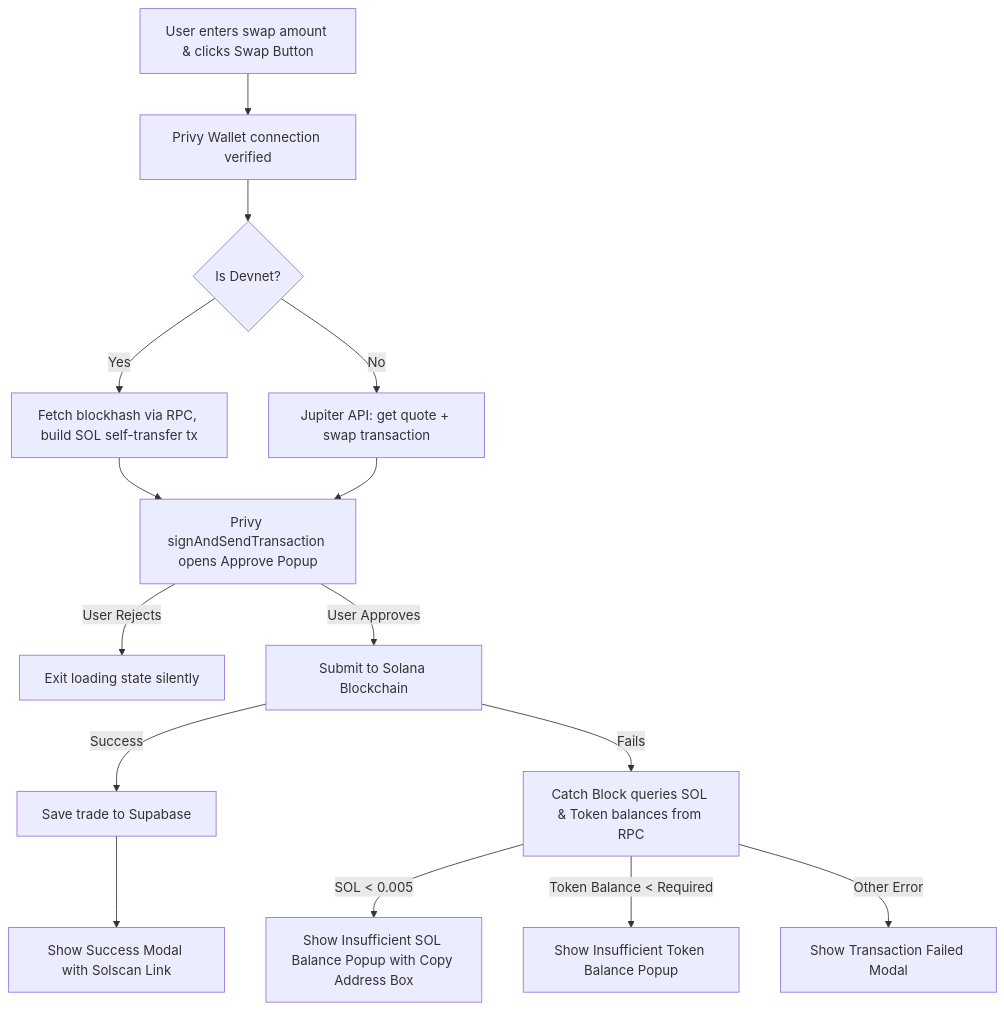
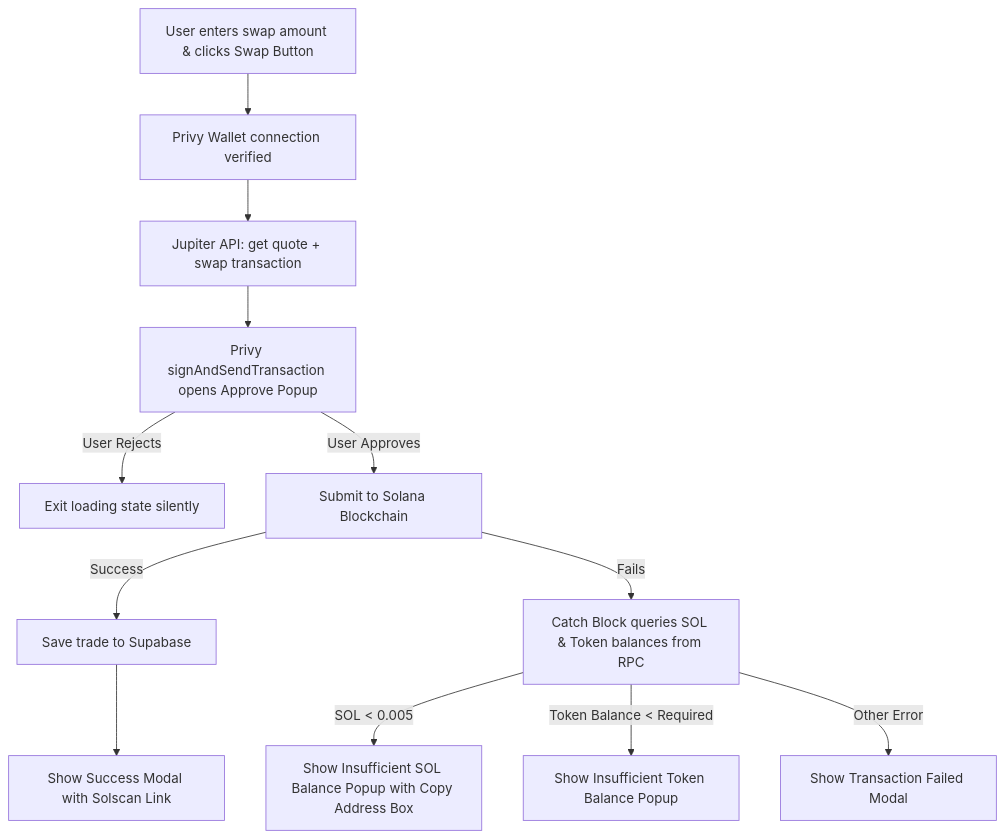
One commit to YashvardhanKumar/chad-wallet changed the diagram in README.md. Above: the diagram before and after it, drawn with Mermaid. The commit also changed other lines of this file and 27 other files, not shown here.

````diff
--- a/README.md
+++ b/README.md
@@ -83,17 +81,14 @@
 ```mermaid
 graph TD;
   A[User enters swap amount & clicks Swap Button] --> B[Privy Wallet connection verified];
-  B --> C{Is Devnet?};
-  C -- Yes --> D[Fetch blockhash via RPC, build SOL self-transfer tx];
-  C -- No --> E[Jupiter API: get quote + swap transaction];
-  D --> F[Privy signAndSendTransaction opens Approve Popup];
-  E --> F;
-  F -- User Rejects --> G[Exit loading state silently];
-  F -- User Approves --> H[Submit to Solana Blockchain];
-  H -- Success --> I[Save trade to Supabase];
-  I --> J[Show Success Modal with Solscan Link];
-  H -- Fails --> K[Catch Block queries SOL & Token balances from RPC];
-  K -- SOL < 0.005 --> L[Show Insufficient SOL Balance Popup with Copy Address Box];
-  K -- Token Balance < Required --> M[Show Insufficient Token Balance Popup];
-  K -- Other Error --> N[Show Transaction Failed Modal];
+  B --> C[Jupiter API: get quote + swap transaction];
+  C --> D[Privy signAndSendTransaction opens Approve Popup];
+  D -- User Rejects --> E[Exit loading state silently];
+  D -- User Approves --> F[Submit to Solana Blockchain];
+  F -- Success --> G[Save trade to Supabase];
+  G --> H[Show Success Modal with Solscan Link];
+  F -- Fails --> I[Catch Block queries SOL & Token balances from RPC];
+  I -- SOL < 0.005 --> J[Show Insufficient SOL Balance Popup with Copy Address Box];
+  I -- Token Balance < Required --> K[Show Insufficient Token Balance Popup];
+  I -- Other Error --> L[Show Transaction Failed Modal];
 ```
````
